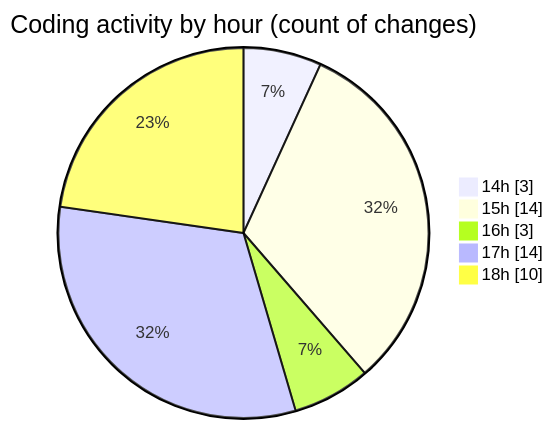
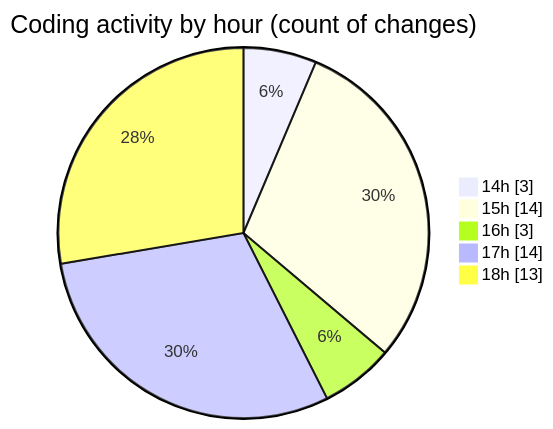
The second of 2 diagrams in 2025-09-02/nxtqube_webapp/README.md (nxtqubesakshisongat/code-tracking), drawn with Mermaid before and after one commit. The commit also changed other lines of this file and 1 other file, not shown here.

````diff
--- a/2025-09-02/nxtqube_webapp/README.md
+++ b/2025-09-02/nxtqube_webapp/README.md
@@ -28,9 +28,9 @@
 ```mermaid
 pie showData
 title Coding activity by hour (count of changes)
 "14h" : 3
 "15h" : 14
 "16h" : 3
 "17h" : 14
-"18h" : 10
+"18h" : 13
 ```
````
